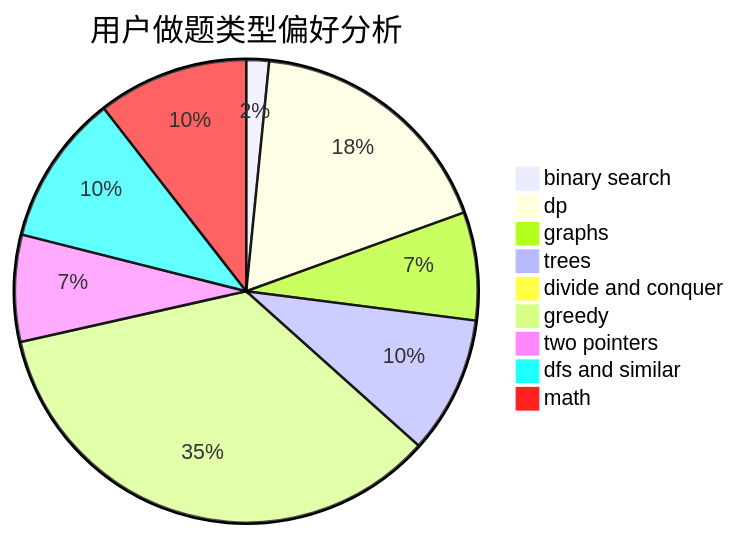
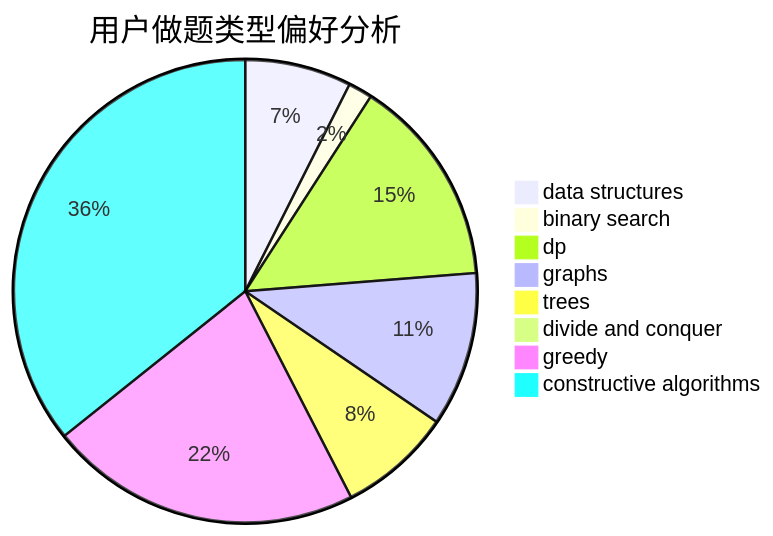
Before and after one commit to sherpahu/cfrs.github.io: the second of 3 diagrams in docs/user/u486.md, drawn with Mermaid. The commit also changed other lines of this file and 2775 other files, not shown here.

````diff
--- a/docs/user/u486.md
+++ b/docs/user/u486.md
@@ -23,12 +23,11 @@
 ```mermaid
 pie title 用户做题类型偏好分析
-    "binary search" :  17
-    "dp" :  192
-    "graphs" :  81
-    "trees" :  103
-    "divide and conquer" :  10
-    "greedy" :  374
-    "two pointers" :  80
-    "dfs and similar" :  113
-    "math" :  113
+    "data structures" :  31
+    "binary search" :  7
+    "dp" :  61
+    "graphs" :  45
+    "trees" :  33
+    "divide and conquer" :  0
+    "greedy" :  91
+    "constructive algorithms" :  149
 ```
````
